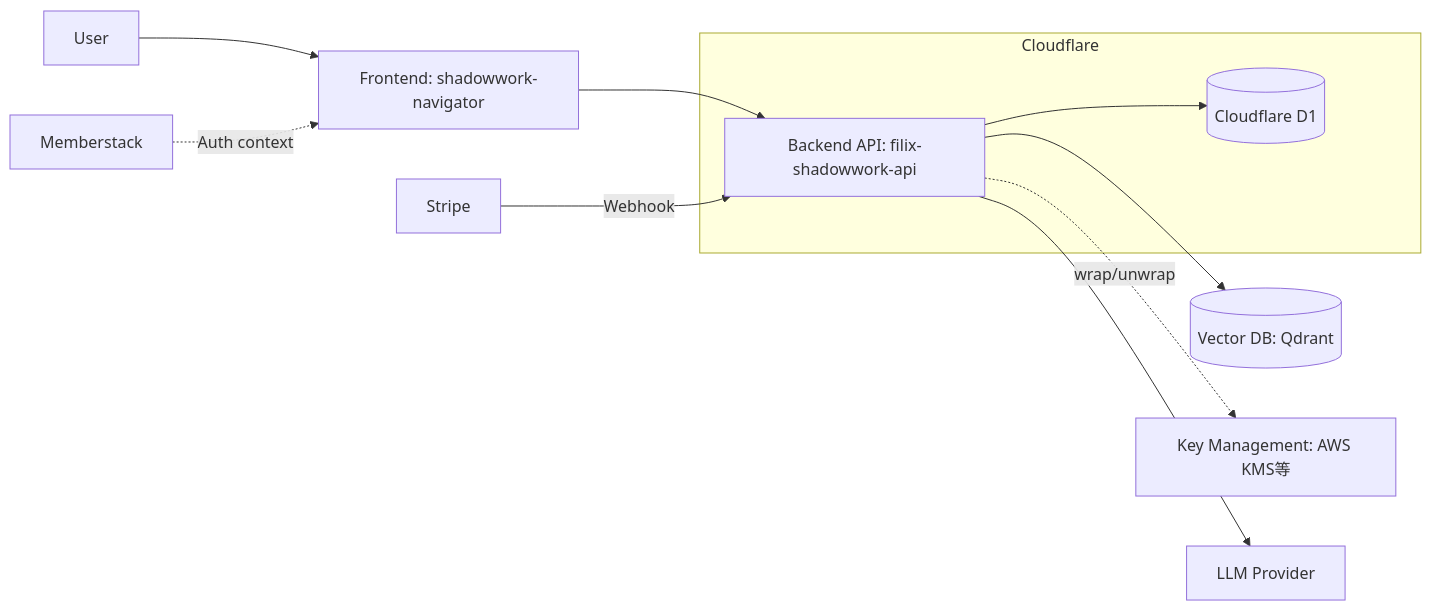
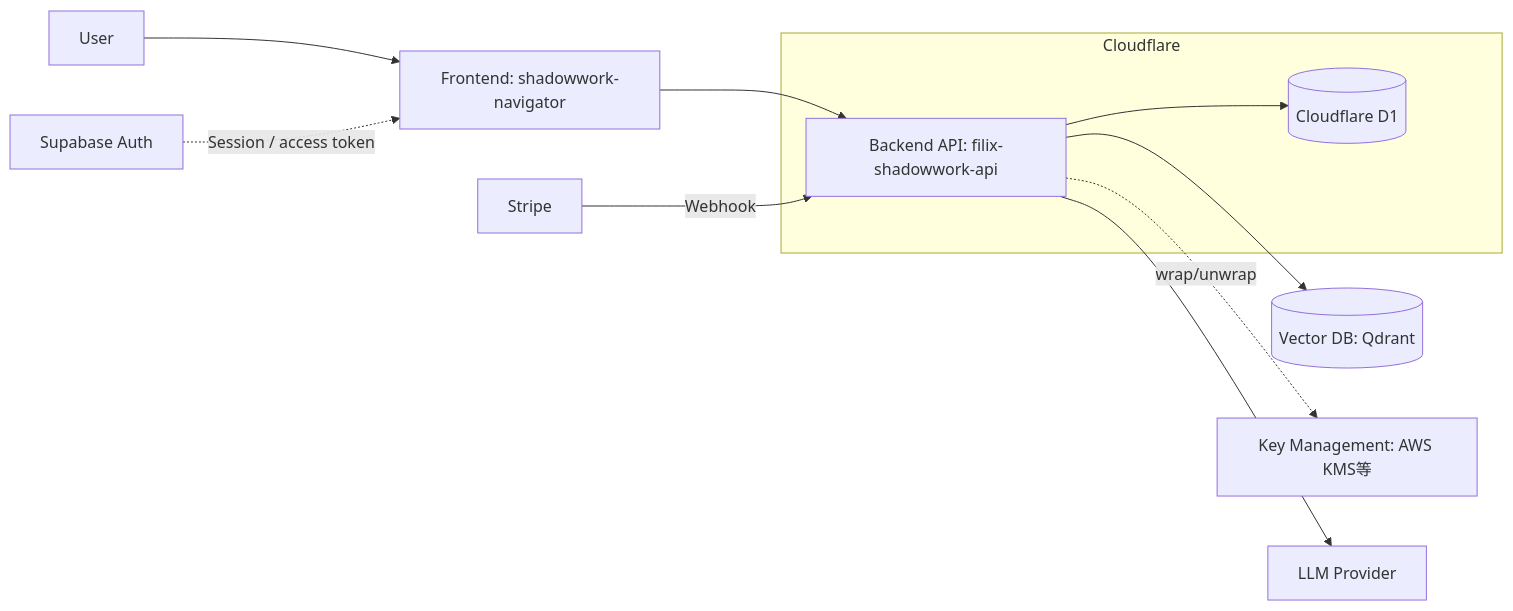
Before and after one commit to fractal-filix/shadowwork-navigator: the first of 3 diagrams in apps/api/documents/基本設計書/00_概要.md, drawn with Mermaid. The commit also changed other lines of this file and 6 other files, not shown here.

````diff
--- a/apps/api/documents/基本設計書/00_概要.md
+++ b/apps/api/documents/基本設計書/00_概要.md
@@ -49,17 +49,17 @@
 ```mermaid
 flowchart LR
   U[User] --> FE[Frontend: shadowwork-navigator]
   FE --> API[Backend API: filix-shadowwork-api]
 
   API --> D1[(Cloudflare D1)]
   API --> VDB[(Vector DB: Qdrant)]
   API -. wrap/unwrap .-> KMS[Key Management: AWS KMS等]
   API --> LLM[LLM Provider]
   Stripe[Stripe] -->|Webhook| API
-  MS[Memberstack] -. Auth context .-> FE
+  SB[Supabase Auth] -. Session / access token .-> FE
 
   subgraph Cloudflare
     API
     D1
   end
 ```
````
